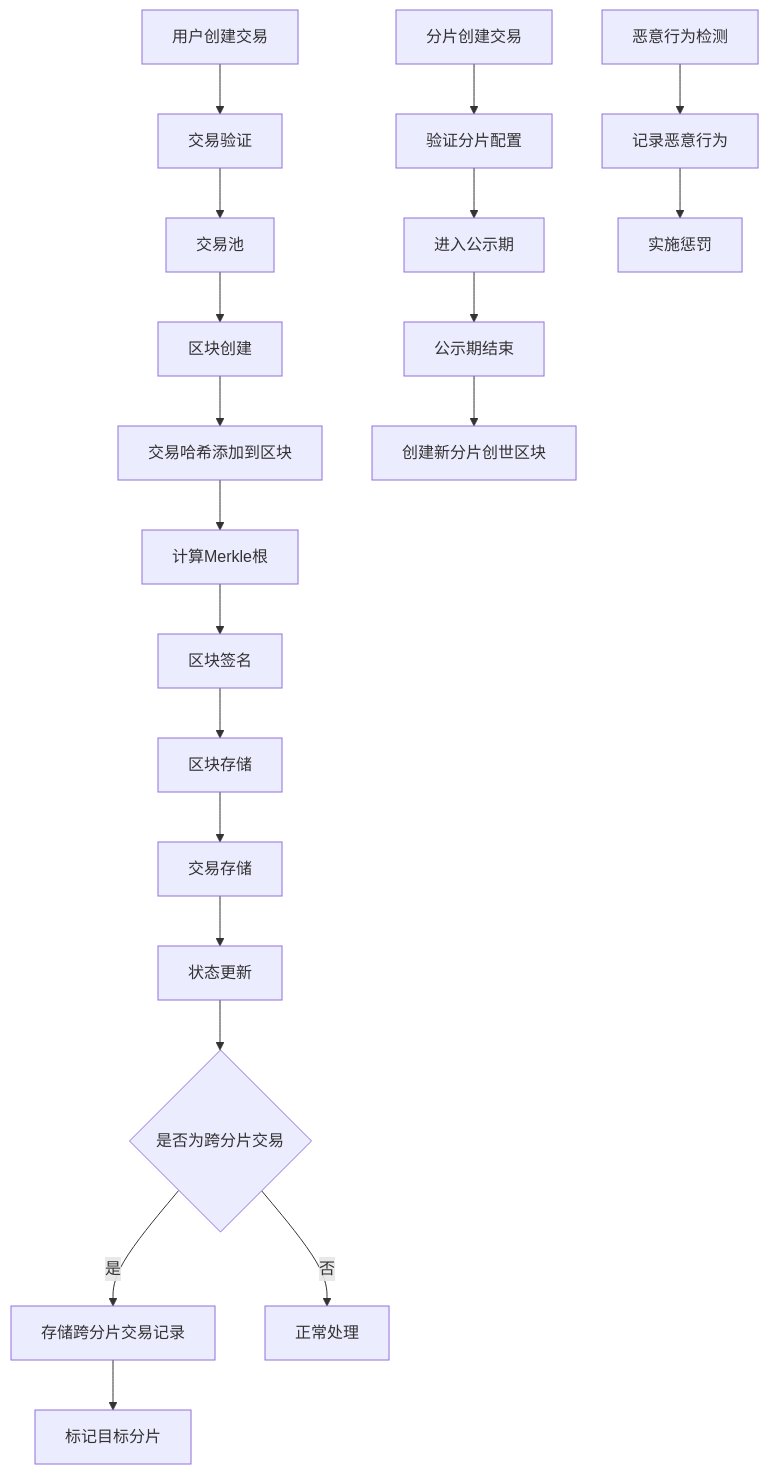
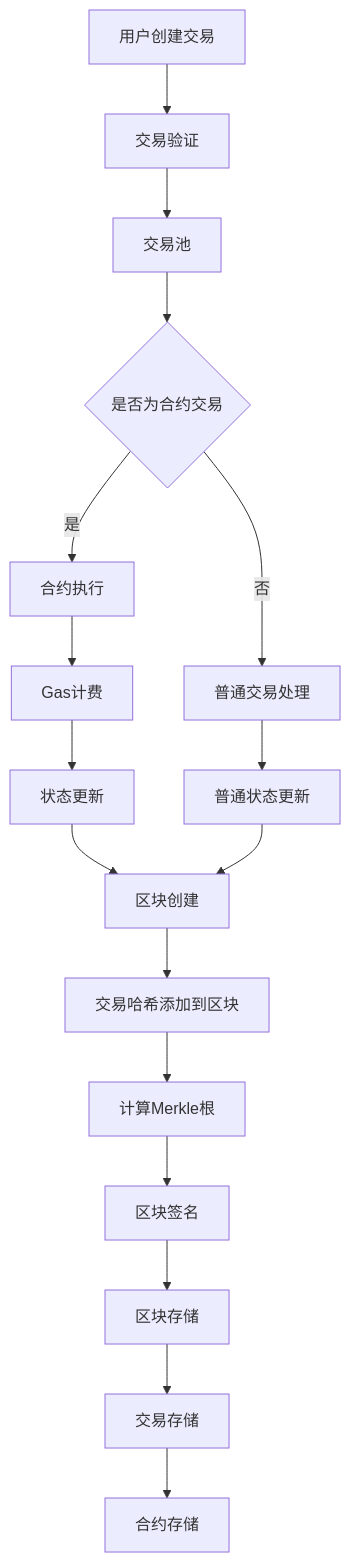
The second of 3 diagrams in docs/architecture/data_structures.md (govm-net/shardmatrix), drawn with Mermaid before and after one commit. The commit also changed other lines of this file and 9 other files, not shown here.

````diff
--- a/docs/architecture/data_structures.md
+++ b/docs/architecture/data_structures.md
@@ -416,25 +470,19 @@
 ```mermaid
 graph TD
     A[用户创建交易] --> B[交易验证]
     B --> C[交易池]
-    C --> D[区块创建]
-    D --> E[交易哈希添加到区块]
-    E --> F[计算Merkle根]
-    F --> G[区块签名]
-    G --> H[区块存储]
-    H --> I[交易存储]
-    I --> J[状态更新]
-    
-    J --> K{是否为跨分片交易}
-    K -->|是| L[存储跨分片交易记录]
-    K -->|否| M[正常处理]
-    L --> N[标记目标分片]
-    
-    O[分片创建交易] --> P[验证分片配置]
-    P --> Q[进入公示期]
-    Q --> R[公示期结束]
-    R --> S[创建新分片创世区块]
-    
-    T[恶意行为检测] --> U[记录恶意行为]
-    U --> V[实施惩罚]
+    C --> D{是否为合约交易}
+    D -->|是| E[合约执行]
+    D -->|否| F[普通交易处理]
+    E --> G[Gas计费]
+    G --> H[状态更新]
+    F --> I[普通状态更新]
+    H --> J[区块创建]
+    I --> J
+    J --> K[交易哈希添加到区块]
+    K --> L[计算Merkle根]
+    L --> M[区块签名]
+    M --> N[区块存储]
+    N --> O[交易存储]
+    O --> P[合约存储]
 ```
````
